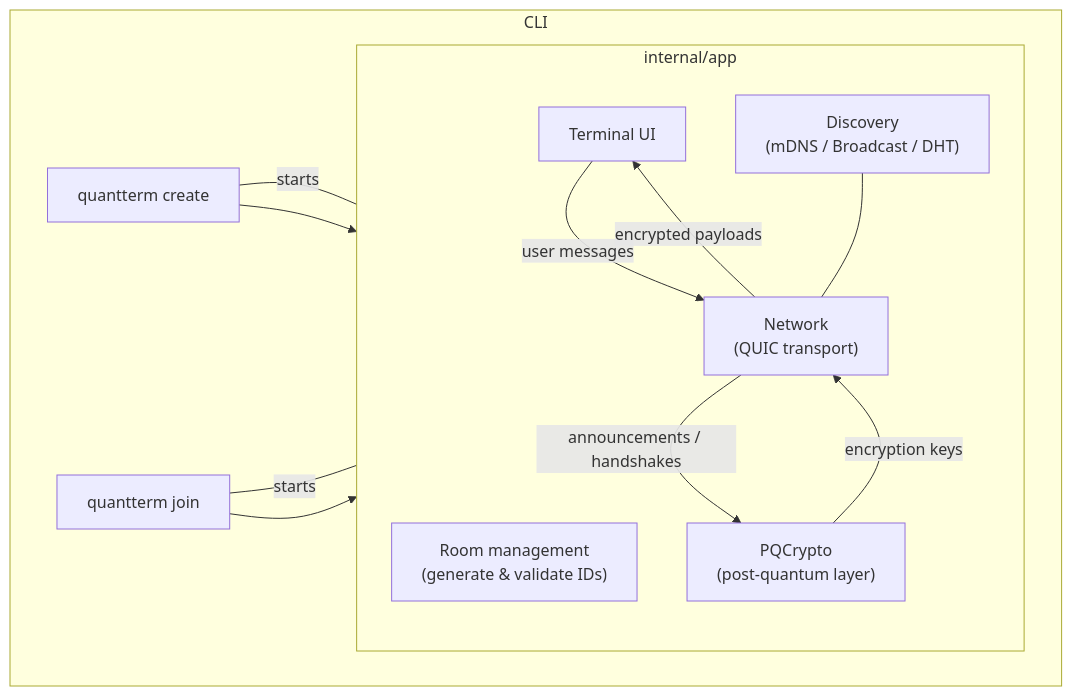
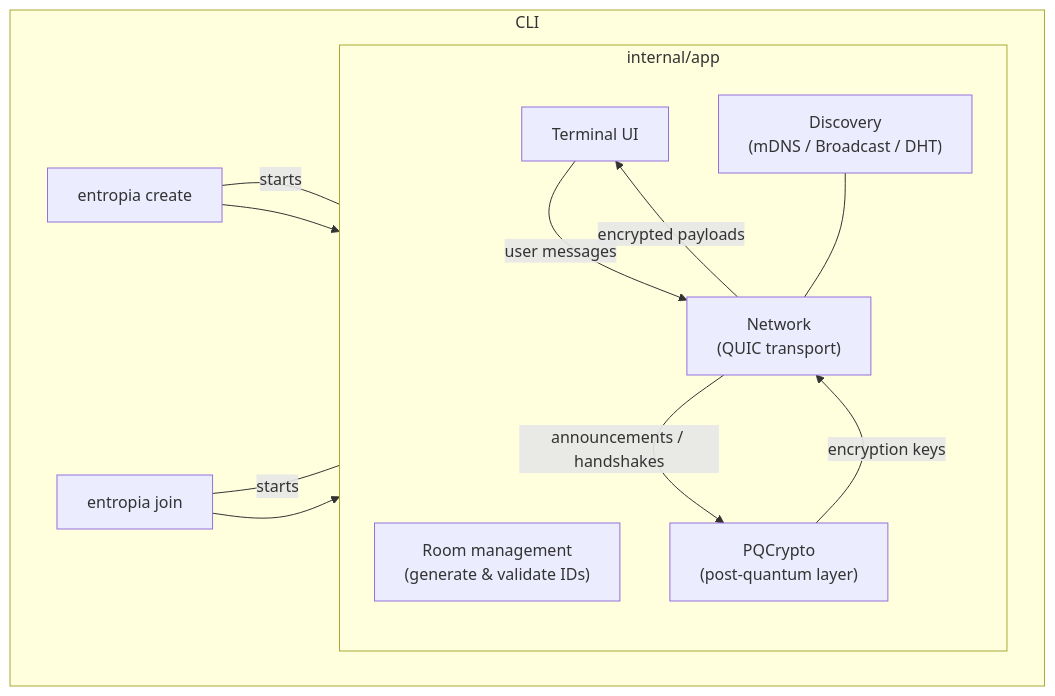
One commit to reschjonas/Entropia changed the diagram in TECHNICAL_OVERVIEW.md. Above: the diagram before and after it, drawn with Mermaid. The commit also changed other lines of this file and 12 other files, not shown here.

````diff
--- a/TECHNICAL_OVERVIEW.md
+++ b/TECHNICAL_OVERVIEW.md
@@ -22,24 +22,24 @@
 ```mermaid
 flowchart TD
     subgraph CLI
-        A1[quantterm create] ---|starts| APP
-        A2[quantterm join] ---|starts| APP
+        A1[entropia create] ---|starts| APP
+        A2[entropia join] ---|starts| APP
     end
 
     subgraph APP[internal/app]
         direction TB
         B1["Room management<br/>(generate & validate IDs)"]
         B2["PQCrypto<br/>(post-quantum layer)"]
         B3["Network<br/>(QUIC transport)"]
         B4["Discovery<br/>(mDNS / Broadcast / DHT)"]
         B5["Terminal UI"]
     end
 
     A1 --> APP
     A2 --> APP
     B5 -- user messages --> B3
     B3 -- encrypted payloads --> B5
     B3 -- announcements / handshakes --> B2
     B2 -- encryption keys --> B3
     B4 --- B3
 ```
````
